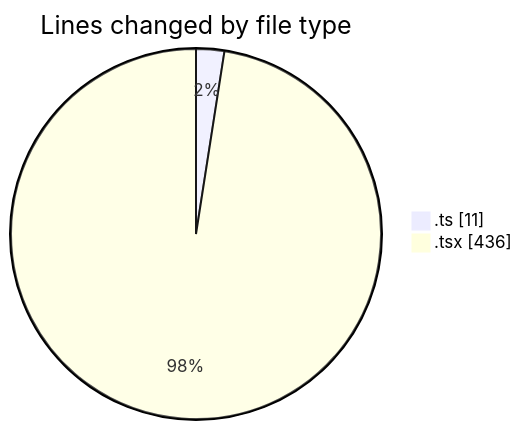
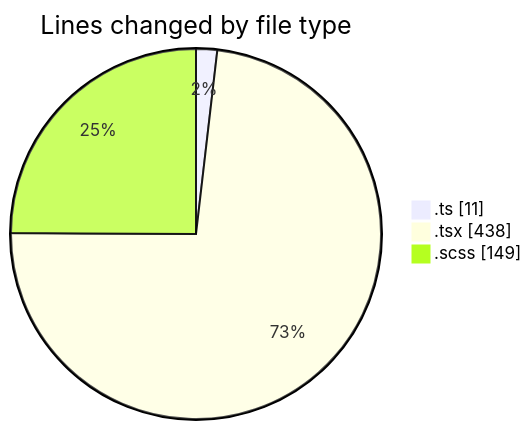
The first of 2 diagrams in 2025-03-21/cda/README.md (momahboobian/code-tracking), drawn with Mermaid before and after one commit. The commit also changed other lines of this file and 1 other file, not shown here.

````diff
--- a/2025-03-21/cda/README.md
+++ b/2025-03-21/cda/README.md
@@ -23,6 +24,7 @@
 ```mermaid
 pie showData
 title Lines changed by file type
 ".ts" : 11
-".tsx" : 436
+".tsx" : 438
+".scss" : 149
 ```
````
